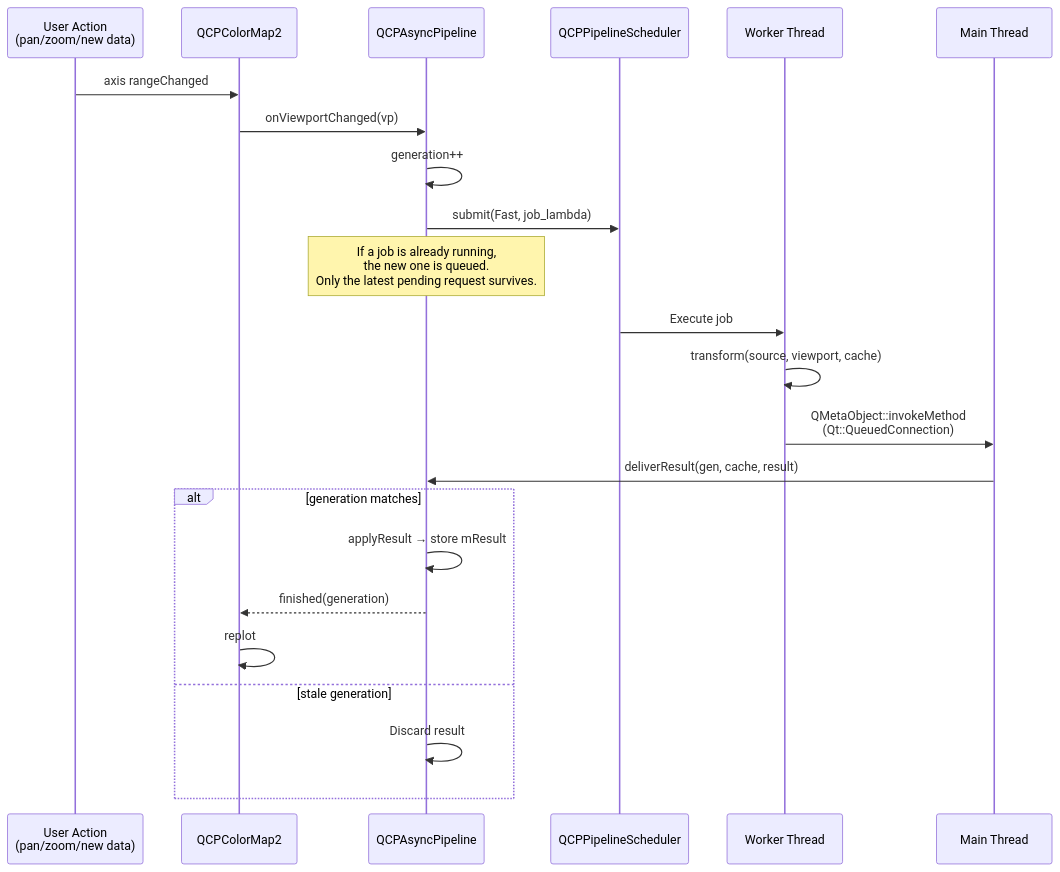
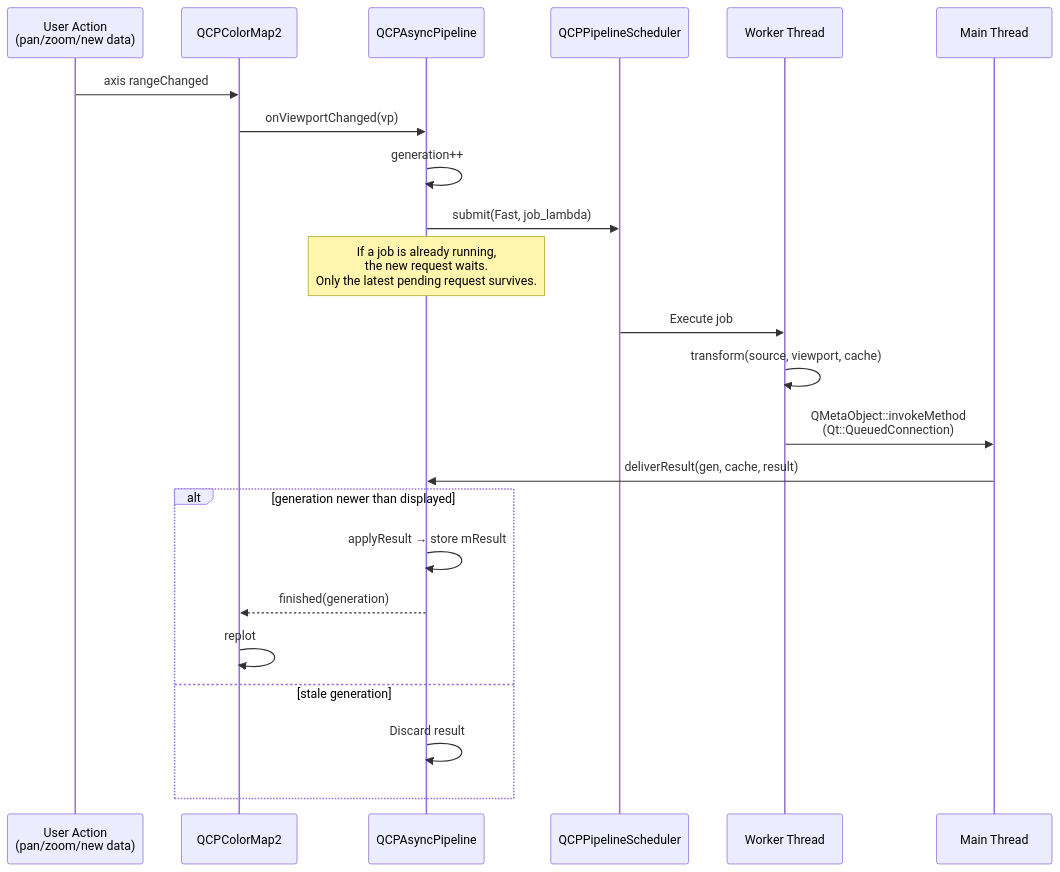
Before and after one commit to SciQLop/NeoQCP: the second of 2 diagrams in docs/architecture/async-pipeline.md, drawn with Mermaid. The commit also changed other lines of this file and 120 other files, not shown here.

````diff
--- a/docs/architecture/async-pipeline.md
+++ b/docs/architecture/async-pipeline.md
@@ -60,29 +78,29 @@
 ```mermaid
 sequenceDiagram
     participant User as User Action<br/>(pan/zoom/new data)
     participant Plottable as QCPColorMap2
     participant Pipeline as QCPAsyncPipeline
     participant Scheduler as QCPPipelineScheduler
     participant Worker as Worker Thread
     participant Main as Main Thread
 
     User->>Plottable: axis rangeChanged
     Plottable->>Pipeline: onViewportChanged(vp)
     Pipeline->>Pipeline: generation++
     Pipeline->>Scheduler: submit(Fast, job_lambda)
 
-    Note over Pipeline: If a job is already running,<br/>the new one is queued.<br/>Only the latest pending request survives.
+    Note over Pipeline: If a job is already running,<br/>the new request waits.<br/>Only the latest pending request survives.
 
     Scheduler->>Worker: Execute job
     Worker->>Worker: transform(source, viewport, cache)
     Worker->>Main: QMetaObject::invokeMethod<br/>(Qt::QueuedConnection)
     Main->>Pipeline: deliverResult(gen, cache, result)
 
-    alt generation matches
+    alt generation newer than displayed
         Pipeline->>Pipeline: applyResult → store mResult
         Pipeline-->>Plottable: finished(generation)
         Plottable->>Plottable: replot
     else stale generation
         Pipeline->>Pipeline: Discard result
     end
 ```
````
